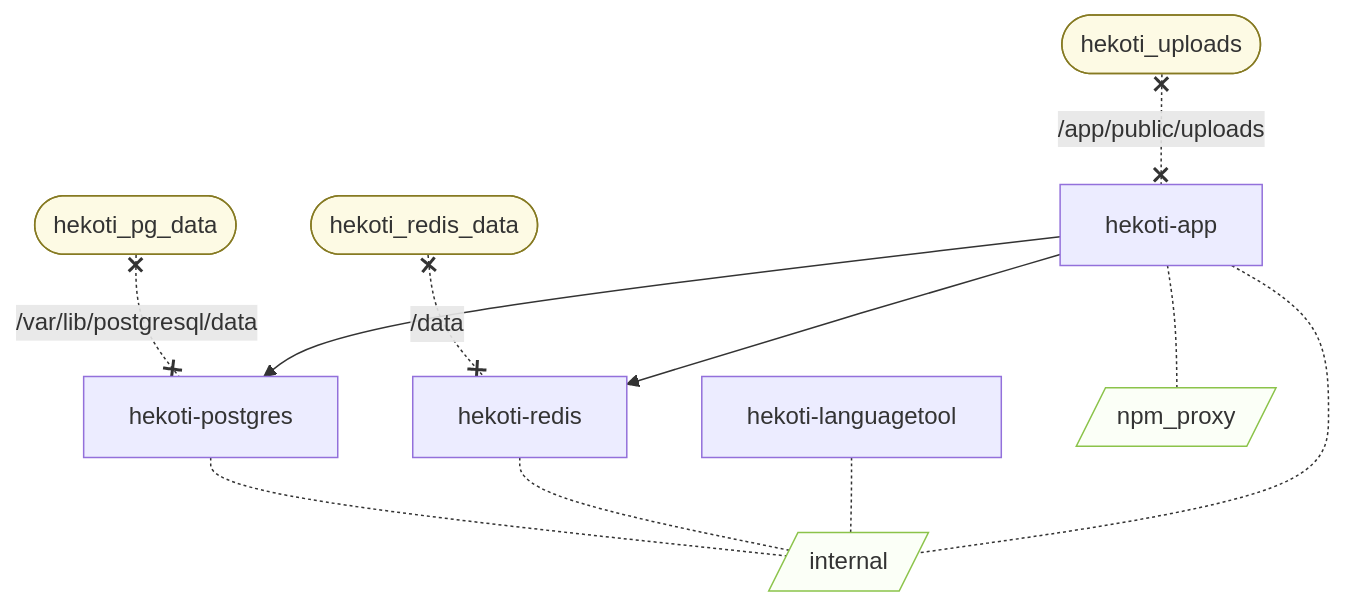
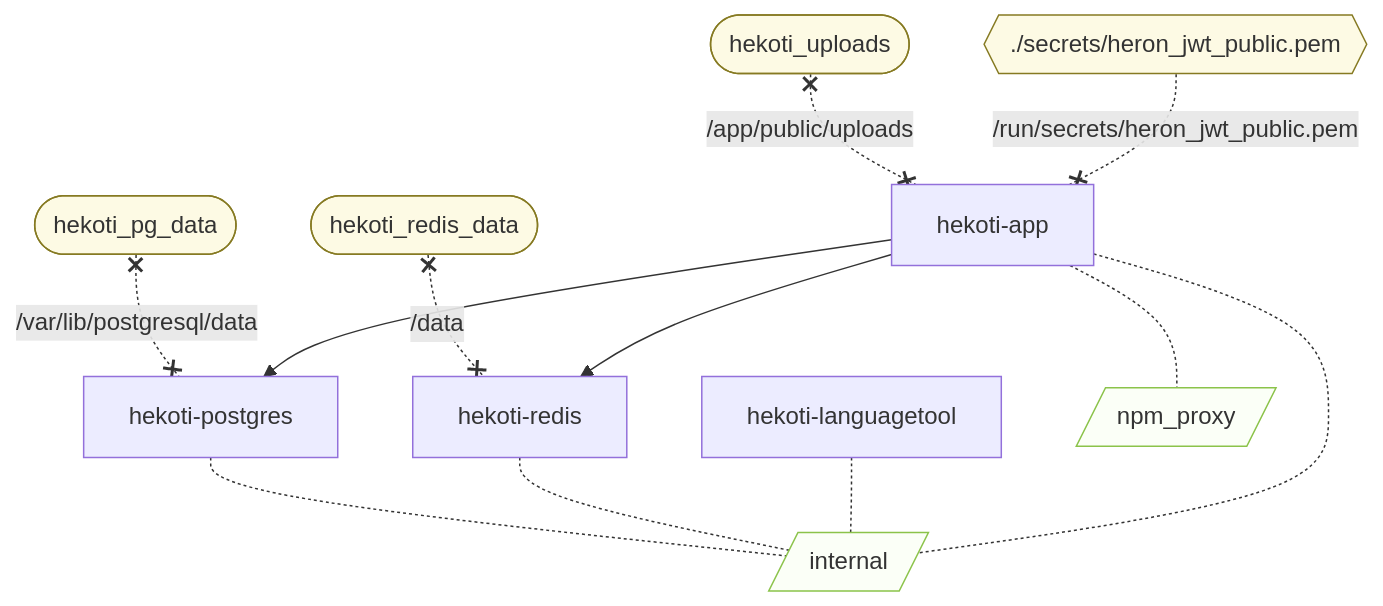
The diagram in README.md (hehestl/HeKoti), drawn with Mermaid before and after one commit.

Commit message:
docs: refresh Docker Compose Mermaid diagram

````diff
--- a/README.md
+++ b/README.md
@@ -24,19 +24,20 @@
 ```mermaid
 %%{init: {'theme': 'default'}}%%
 flowchart TB
   Vhekotipgdata([hekoti_pg_data]) x-. /var/lib/postgresql/data .-x hekotipostgres[hekoti-postgres]
   Vhekotiredisdata([hekoti_redis_data]) x-. /data .-x hekotiredis[hekoti-redis]
   Vhekotiuploads([hekoti_uploads]) x-. /app/public/uploads .-x hekotiapp[hekoti-app]
+  Vsecretsheronjwtpublicpem{{"./secrets/heron_jwt_public.pem"}} -. "/run/secrets/heron_jwt_public.pem" .-x hekotiapp
   hekotiapp --> hekotipostgres
   hekotiapp --> hekotiredis
   hekotipostgres -.- internal[/internal/]
   hekotiredis -.- internal
   hekotilanguagetool[hekoti-languagetool] -.- internal
   hekotiapp -.- internal
   hekotiapp -.- npmproxy[/npm_proxy/]
 
   classDef volumes fill:#fdfae4,stroke:#867a22
-  class Vhekotipgdata,Vhekotiredisdata,Vhekotiuploads volumes
+  class Vhekotipgdata,Vhekotiredisdata,Vhekotiuploads,Vsecretsheronjwtpublicpem volumes
   classDef nets fill:#fbfff7,stroke:#8bc34a
   class internal,npmproxy nets
 ```
````
